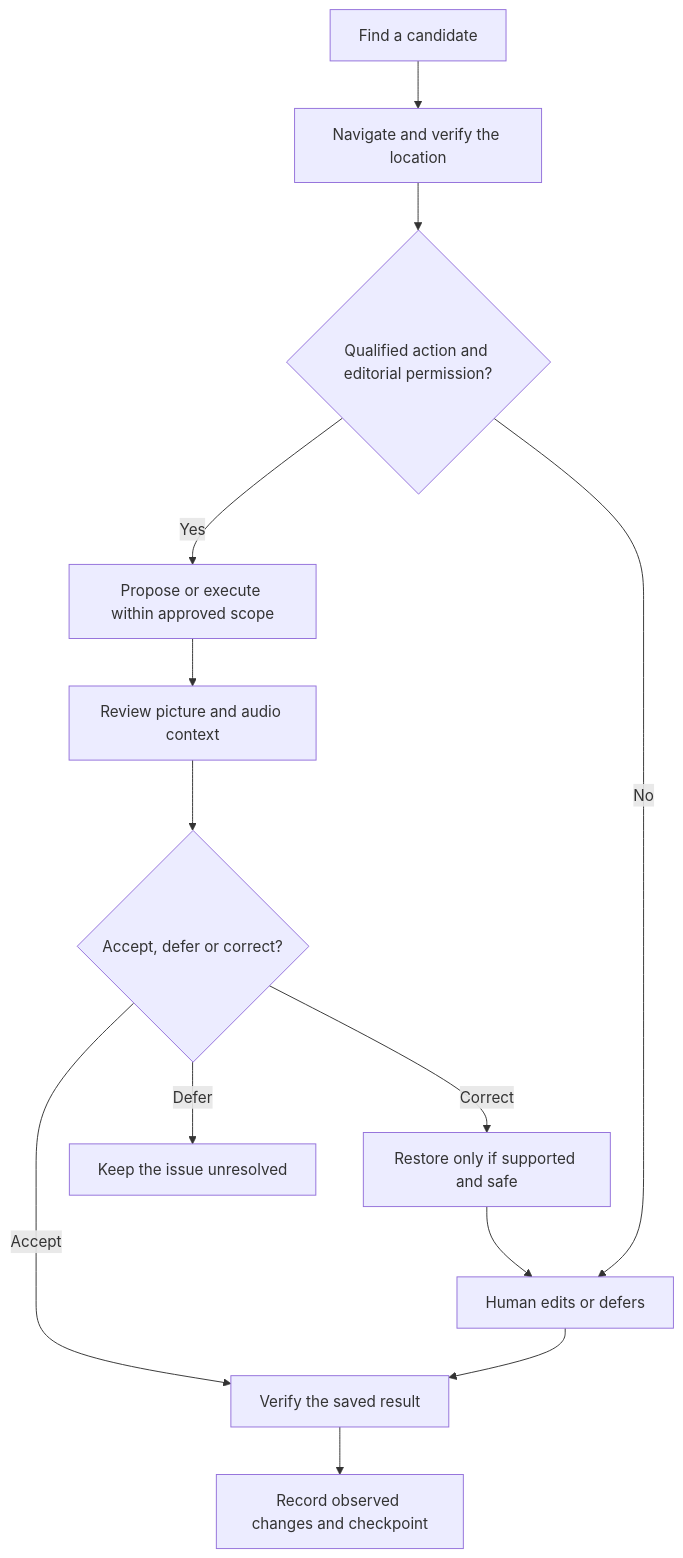
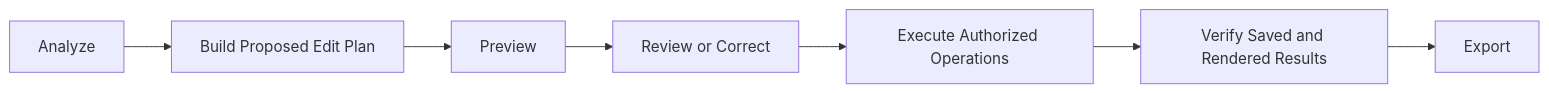
One commit to bthalacker/project-relay changed the second of 2 diagrams in ROADMAP.md. Above: the diagram before and after it, drawn with Mermaid. The commit also changed other lines of this file and 9 other files, not shown here.

````diff
--- a/ROADMAP.md
+++ b/ROADMAP.md
@@ -37,15 +37,9 @@
 ```mermaid
-flowchart TD
-    A["Find a candidate"] --> B["Navigate and verify the location"]
-    B --> C{"Qualified action and editorial permission?"}
-    C -- "Yes" --> D["Propose or execute within approved scope"]
-    C -- "No" --> E["Human edits or defers"]
-    D --> F["Review picture and audio context"]
-    E --> G["Verify the saved result"]
-    F --> H{"Accept, defer or correct?"}
-    H -- "Accept" --> G
-    H -- "Defer" --> I["Keep the issue unresolved"]
-    H -- "Correct" --> J["Restore only if supported and safe"]
-    J --> E
-    G --> K["Record observed changes and checkpoint"]
+flowchart LR
+    A["Analyze"] --> B["Build Proposed Edit Plan"]
+    B --> C["Preview"]
+    C --> D["Review or Correct"]
+    D --> E["Execute Authorized Operations"]
+    E --> F["Verify Saved and Rendered Results"]
+    F --> G["Export"]
 ```
````
